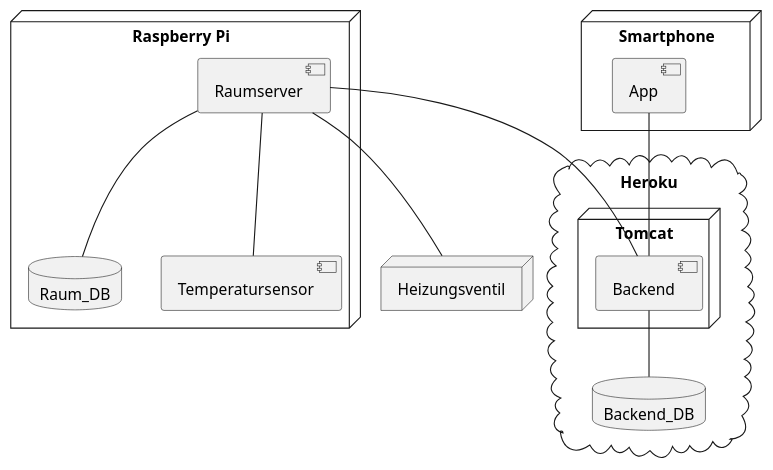
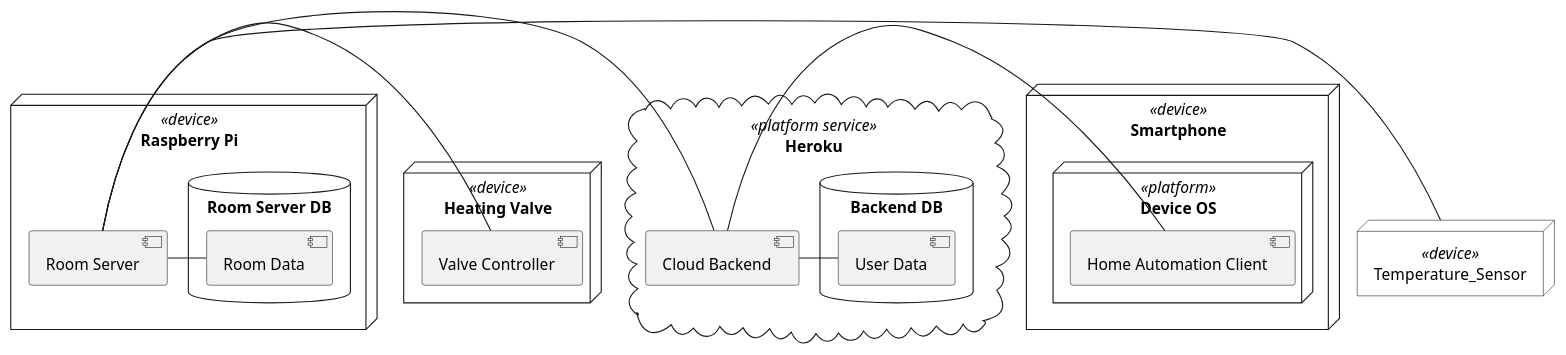
Before and after one commit to florensh/embedded-sose16-docs: the diagram in UML/deploymentDiagram.pu, drawn with PlantUML. The commit also changed 8 other files, not shown here.

```diff
--- a/UML/deploymentDiagram.pu
+++ b/UML/deploymentDiagram.pu
@@ -1,33 +1,40 @@
 @startuml
 
 
-  node "Raspberry Pi" {
-    database Raum_DB
-    component "Raumserver"
-    component "Temperatursensor"
+  node "Raspberry Pi" <<device>> {
+    [Room Server]
+    database "Room Server DB" {
+      [Room Data] - [Room Server]
+    }
   }
-  node "Heizungsventil"
+
+  node "Temperature_Sensor" <<device>> #white
+  node "Heating Valve" <<device>> {
+    [Valve Controller] - [Room Server]
+  }
 
 
 
 
-cloud Heroku {
-  database Backend_DB
-  node Tomcat {
-    component "Backend"
+cloud Heroku <<platform service>>{
+
+    [Cloud Backend]
+    [Cloud Backend] - [Room Server]
+
+database "Backend DB"{
+
+  [User Data] - [Cloud Backend]
+}
+
+}
+
+node Smartphone <<device>> {
+  node "Device OS" <<platform>> {
+    [Home Automation Client] - [Cloud Backend] 
   }
 }
 
-node Smartphone {
-  component App
-}
-
-App -- Backend
-Raumserver -- Raum_DB
-Raumserver -- Heizungsventil
-Raumserver -- Temperatursensor
-Raumserver -- Backend
-Backend -- Backend_DB
+Temperature_Sensor - [Room Server]
 
 
 @enduml
```
